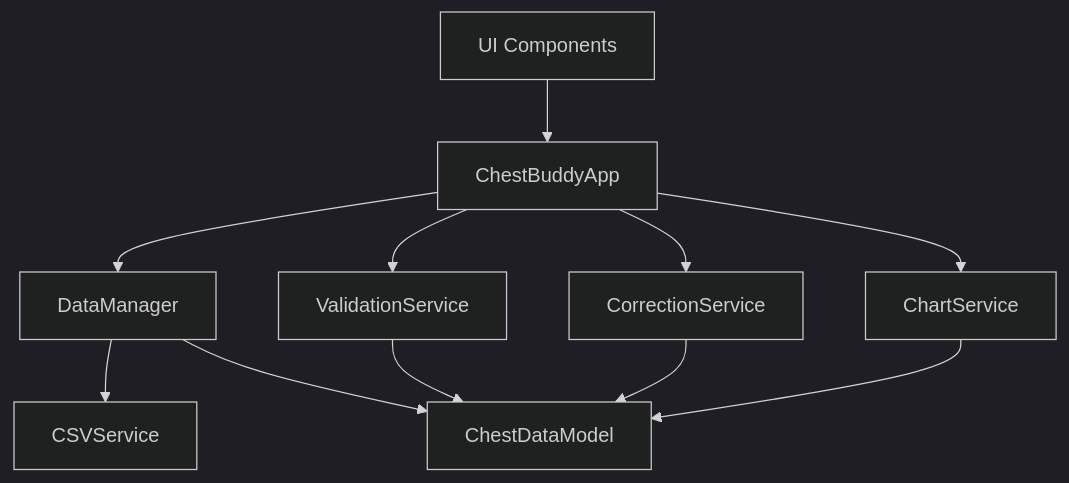
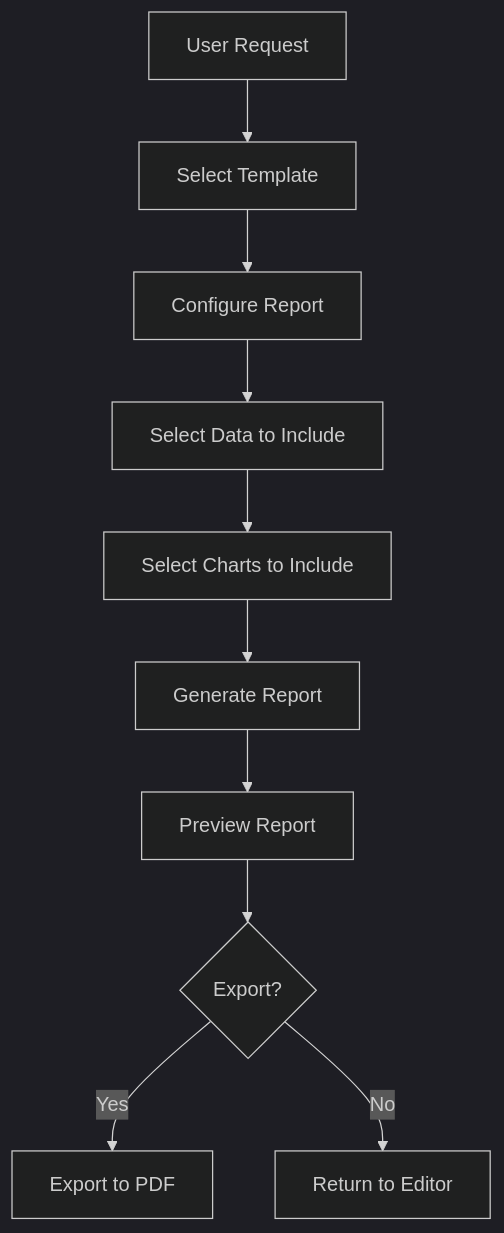
The fourth of 6 diagrams in memory-bank/systemPatterns.md (LinkesAuge/ChestBuddy), drawn with Mermaid (dark theme) before and after one commit. The commit also changed other lines of this file, not shown here.

Commit message:
Update systemPatterns.md with progress dialog architecture and report generation planning

````diff
--- a/memory-bank/systemPatterns.md
+++ b/memory-bank/systemPatterns.md
@@ -530,13 +352,12 @@
 ```mermaid
 graph TD
-    App[ChestBuddyApp] --> DM[DataManager]
-    App --> VS[ValidationService]
-    App --> CS[CorrectionService]
-    App --> CHS[ChartService]
-    DM --> CSV[CSVService]
-    VS --> CDM[ChestDataModel]
-    CS --> CDM
-    CHS --> CDM
-    DM --> CDM
-    UI[UI Components] --> App
-``` 
+    UserRequest[User Request] --> SelectTemplate[Select Template]
+    SelectTemplate --> ConfigureReport[Configure Report]
+    ConfigureReport --> DataSelection[Select Data to Include]
+    DataSelection --> ChartSelection[Select Charts to Include]
+    ChartSelection --> GenerateReport[Generate Report]
+    GenerateReport --> PreviewReport[Preview Report]
+    PreviewReport --> Export{Export?}
+    Export -->|Yes| ExportPDF[Export to PDF]
+    Export -->|No| Return[Return to Editor]
+```
````
